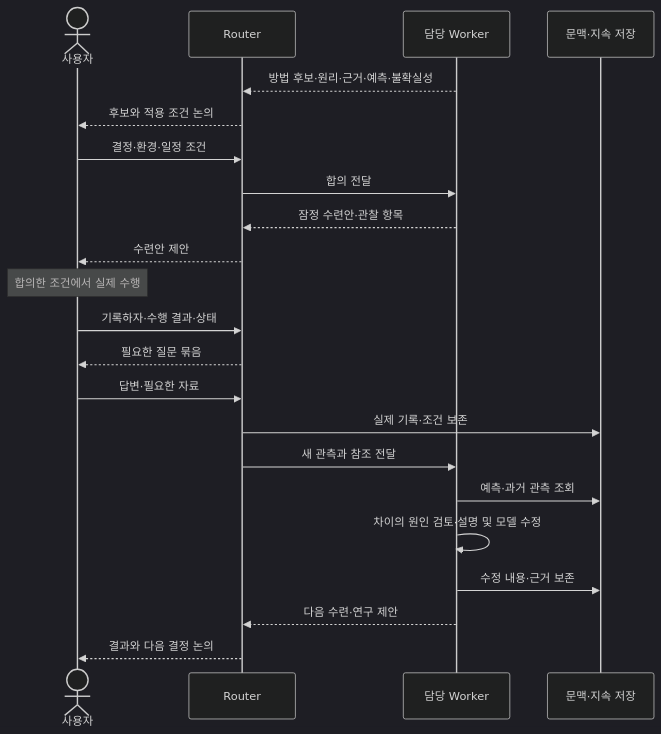
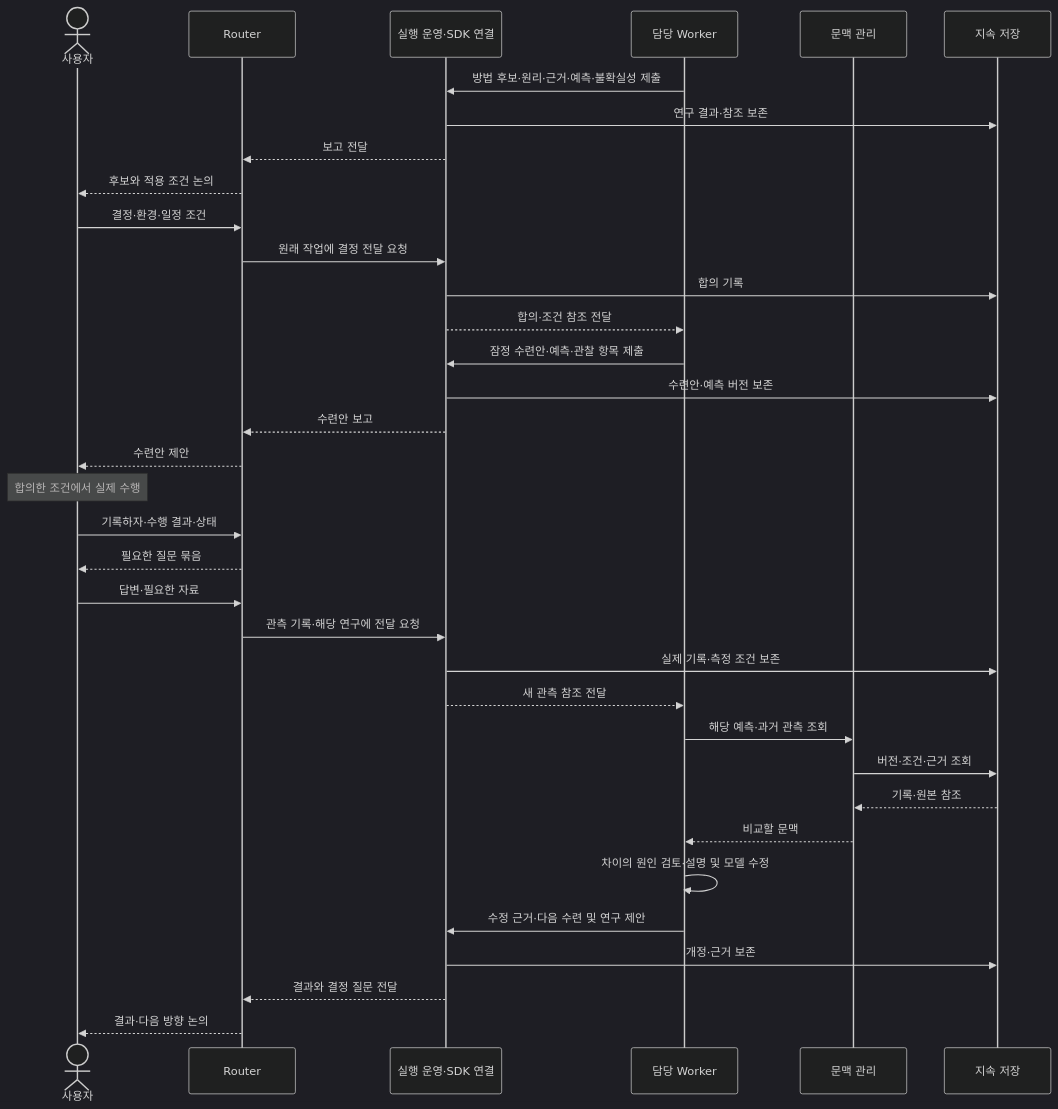
Diagram 11 of 11 in docs/ARCHITECTURE.md (Rmayana/frontier-research-harness), drawn with Mermaid (dark theme) before and after one commit. The commit also changed other lines of this file and 1 other file, not shown here.

````diff
--- a/docs/ARCHITECTURE.md
+++ b/docs/ARCHITECTURE.md
@@ -244,24 +451,37 @@
 ```mermaid
 sequenceDiagram
     actor U as 사용자
     participant R as Router
+    participant O as 실행 운영·SDK 연결
     participant W as 담당 Worker
-    participant C as 문맥·지속 저장
-    W-->>R: 방법 후보·원리·근거·예측·불확실성
+    participant C as 문맥 관리
+    participant S as 지속 저장
+    W->>O: 방법 후보·원리·근거·예측·불확실성 제출
+    O->>S: 연구 결과·참조 보존
+    O-->>R: 보고 전달
     R-->>U: 후보와 적용 조건 논의
     U->>R: 결정·환경·일정 조건
-    R->>W: 합의 전달
-    W-->>R: 잠정 수련안·관찰 항목
+    R->>O: 원래 작업에 결정 전달 요청
+    O->>S: 합의 기록
+    O-->>W: 합의·조건 참조 전달
+    W->>O: 잠정 수련안·예측·관찰 항목 제출
+    O->>S: 수련안·예측 버전 보존
+    O-->>R: 수련안 보고
     R-->>U: 수련안 제안
     Note over U: 합의한 조건에서 실제 수행
     U->>R: 기록하자·수행 결과·상태
     R-->>U: 필요한 질문 묶음
     U->>R: 답변·필요한 자료
-    R->>C: 실제 기록·조건 보존
-    R->>W: 새 관측과 참조 전달
-    W->>C: 예측·과거 관측 조회
+    R->>O: 관측 기록·해당 연구에 전달 요청
+    O->>S: 실제 기록·측정 조건 보존
+    O-->>W: 새 관측 참조 전달
+    W->>C: 해당 예측·과거 관측 조회
+    C->>S: 버전·조건·근거 조회
+    S-->>C: 기록·원본 참조
+    C-->>W: 비교할 문맥
     W->>W: 차이의 원인 검토·설명 및 모델 수정
-    W->>C: 수정 내용·근거 보존
-    W-->>R: 다음 수련·연구 제안
-    R-->>U: 결과와 다음 결정 논의
+    W->>O: 수정 근거·다음 수련 및 연구 제안
+    O->>S: 개정·근거 보존
+    O-->>R: 결과와 결정 질문 전달
+    R-->>U: 결과·다음 방향 논의
 ```
````
